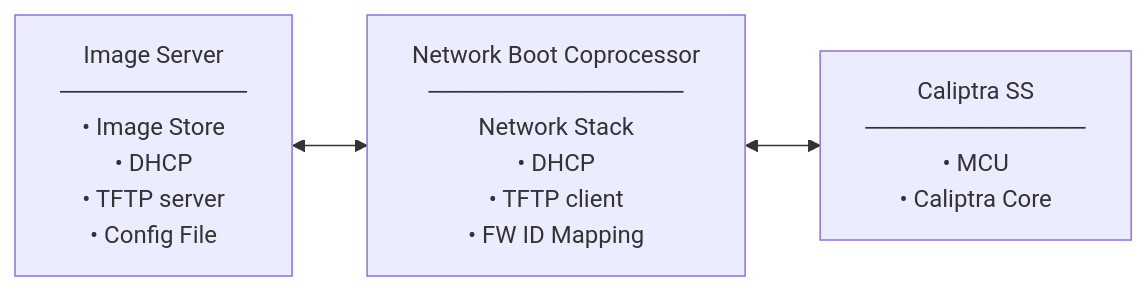
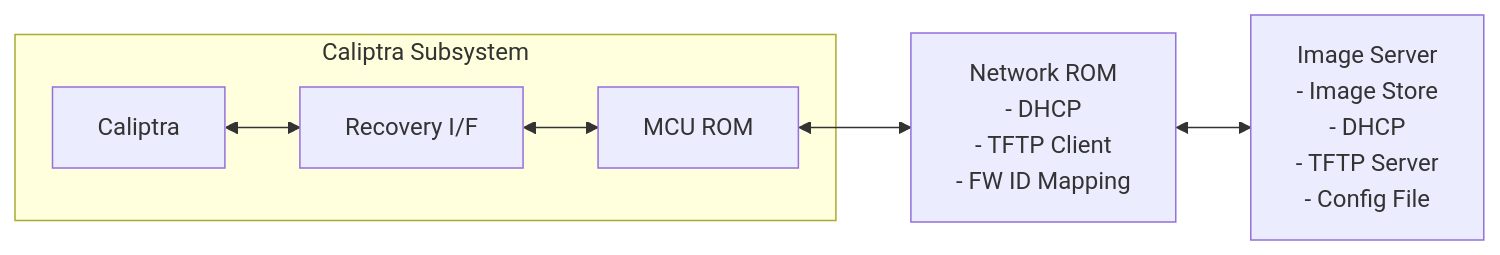
The first of 3 diagrams in docs/src/network_boot.md (chipsalliance/caliptra-mcu-sw), drawn with Mermaid before and after one commit. The commit also changed other lines of this file, not shown here.

````diff
--- a/docs/src/network_boot.md
+++ b/docs/src/network_boot.md
@@ -11,9 +30,14 @@
 ```mermaid
 flowchart LR
-    A["Image Server<br/>───────────<br/>• Image Store<br/>• DHCP<br/>• TFTP server<br/>• Config File"]
-    B["Network Boot Coprocessor<br/>───────────────<br/>Network Stack<br/>• DHCP<br/>• TFTP client<br/>• FW ID Mapping"]
-    C["Caliptra SS<br/>─────────────<br/>• MCU<br/>• Caliptra Core"]
-    
-    A <--> B
-    B <--> C
+    subgraph Caliptra_Subsystem["Caliptra Subsystem"]
+        Caliptra["Caliptra"]
+        RecoveryIF["Recovery I/F"]
+        MCU_ROM["MCU ROM"]
+
+        Caliptra <--> RecoveryIF
+        RecoveryIF <--> MCU_ROM
+    end
+
+    MCU_ROM <--> Network_ROM["Network ROM<br/>- DHCP<br/>- TFTP Client<br/>- FW ID Mapping"]
+    Network_ROM <--> Image_Server["Image Server<br/>- Image Store<br/>- DHCP<br/>- TFTP Server<br/>- Config File"]
 ```
````
